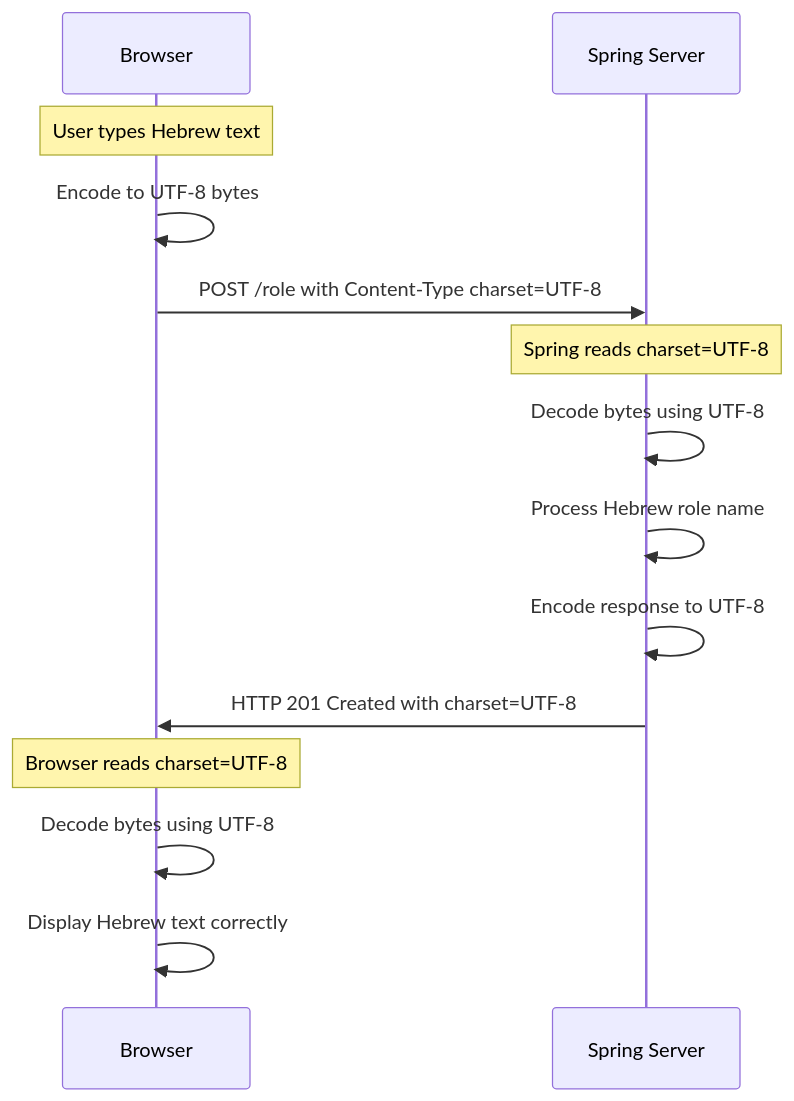
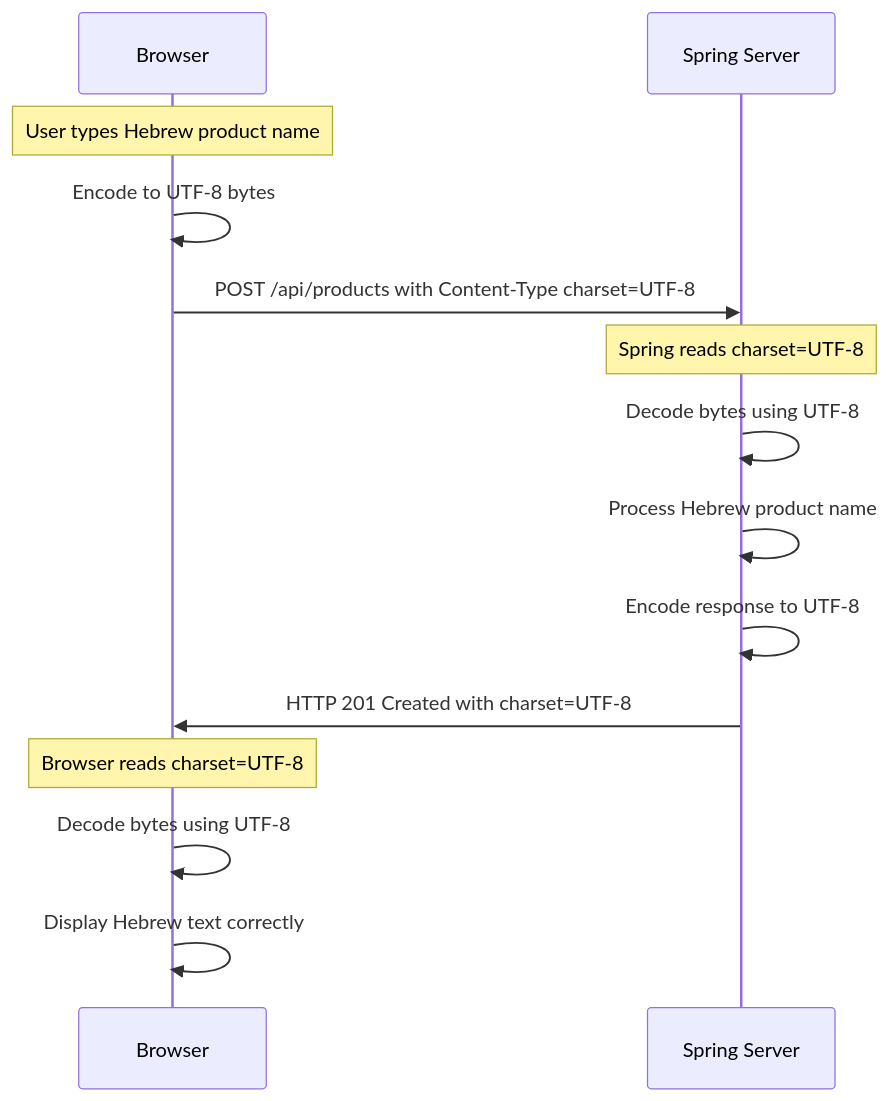
The eighth of 21 diagrams in מדריך מקיף - תקשורת רשת, HTTP ו-JSON.md (EliGuriel/Course_Meeting5), drawn with Mermaid before and after one commit. The commit also changed other lines of this file and 3 other files, not shown here.

````diff
--- a/מדריך מקיף - תקשורת רשת, HTTP ו-JSON.md
+++ b/מדריך מקיף - תקשורת רשת, HTTP ו-JSON.md
@@ -498,20 +581,20 @@
 ```mermaid
 sequenceDiagram
     participant Browser as Browser
     participant Server as Spring Server
 
-    Note over Browser: User types Hebrew text
+    Note over Browser: User types Hebrew product name
     Browser->>Browser: Encode to UTF-8 bytes
-    Browser->>Server: POST /role with Content-Type charset=UTF-8
+    Browser->>Server: POST /api/products with Content-Type charset=UTF-8
 
     Note over Server: Spring reads charset=UTF-8
     Server->>Server: Decode bytes using UTF-8
-    Server->>Server: Process Hebrew role name
+    Server->>Server: Process Hebrew product name
     Server->>Server: Encode response to UTF-8
 
     Server->>Browser: HTTP 201 Created with charset=UTF-8
 
     Note over Browser: Browser reads charset=UTF-8
     Browser->>Browser: Decode bytes using UTF-8
     Browser->>Browser: Display Hebrew text correctly
 ```
````
